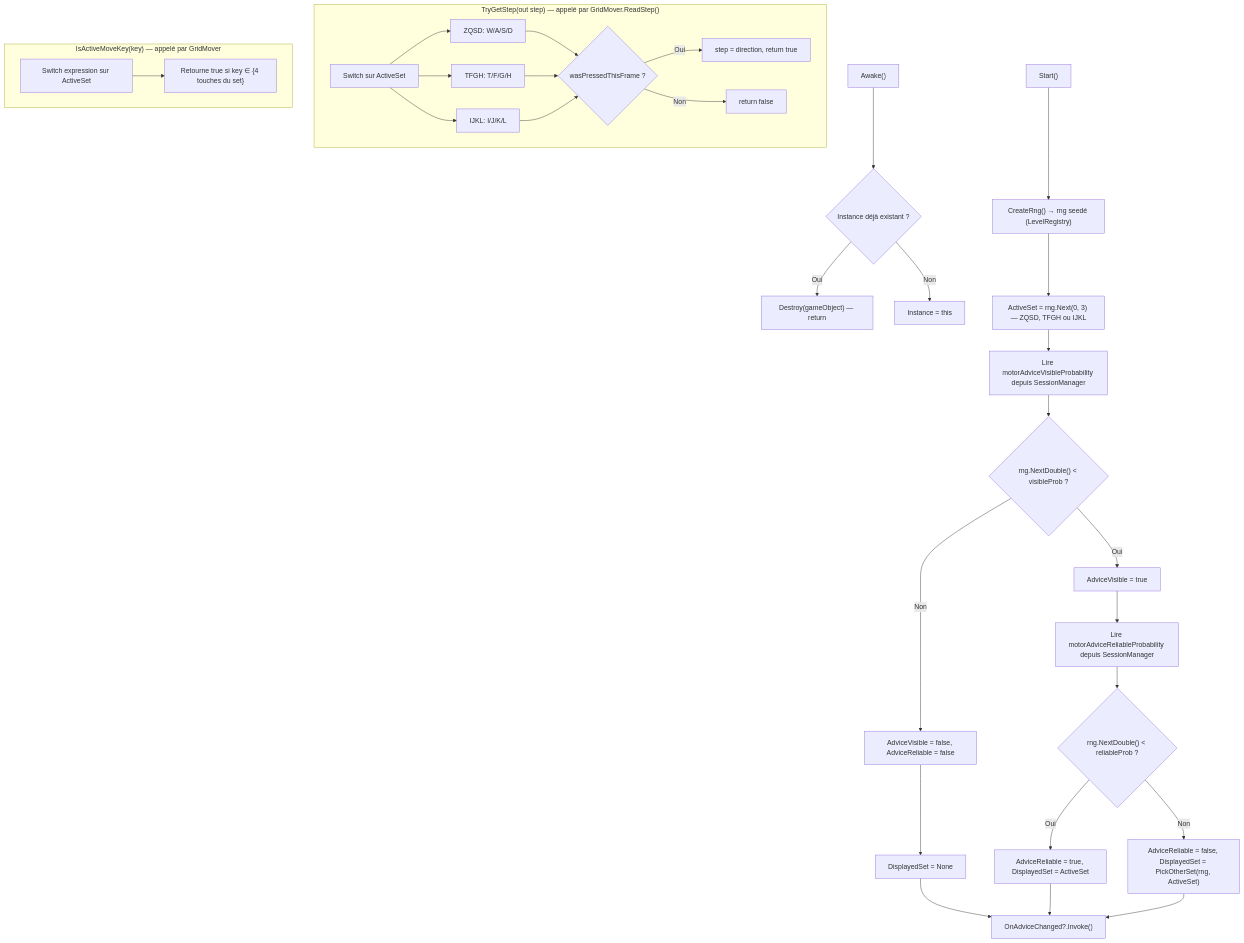
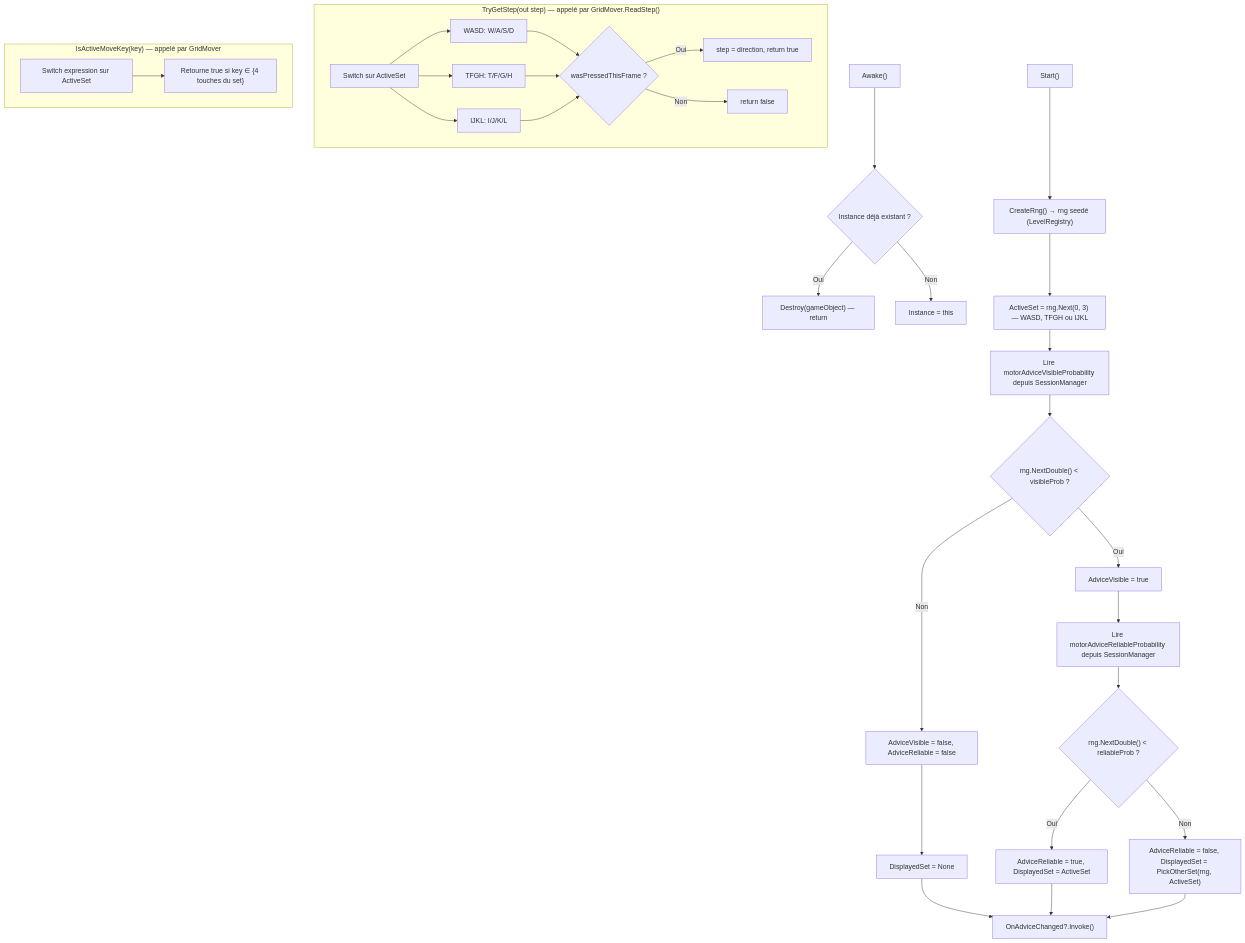
The tenth of 29 diagrams in Docs/TDD.md (PierreChagnon/BUGS), drawn with Mermaid before and after one commit. The commit also changed other lines of this file and 17 other files, not shown here.

````diff
--- a/Docs/TDD.md
+++ b/Docs/TDD.md
@@ -961,36 +961,36 @@
 ```mermaid
 graph TD
     A["Awake()"] --> A1{"Instance déjà existant ?"}
     A1 -->|Oui| A2["Destroy(gameObject) — return"]
     A1 -->|Non| A3["Instance = this"]
 
     B["Start()"] --> C["CreateRng() → rng seedé (LevelRegistry)"]
-    C --> D["ActiveSet = rng.Next(0, 3) — ZQSD, TFGH ou IJKL"]
+    C --> D["ActiveSet = rng.Next(0, 3) — WASD, TFGH ou IJKL"]
     D --> E["Lire motorAdviceVisibleProbability depuis SessionManager"]
     E --> F{"rng.NextDouble() < visibleProb ?"}
     F -->|Non| G["AdviceVisible = false, AdviceReliable = false"]
     G --> G2["DisplayedSet = None"]
     G2 --> H["OnAdviceChanged?.Invoke()"]
     F -->|Oui| I["AdviceVisible = true"]
     I --> J["Lire motorAdviceReliableProbability depuis SessionManager"]
     J --> K{"rng.NextDouble() < reliableProb ?"}
     K -->|Oui| L["AdviceReliable = true, DisplayedSet = ActiveSet"]
     K -->|Non| M["AdviceReliable = false, DisplayedSet = PickOtherSet(rng, ActiveSet)"]
     L --> H
     M --> H
 
     subgraph "TryGetStep(out step) — appelé par GridMover.ReadStep()"
-        TS1["Switch sur ActiveSet"] --> TS2["ZQSD: W/A/S/D"]
+        TS1["Switch sur ActiveSet"] --> TS2["WASD: W/A/S/D"]
         TS1 --> TS3["TFGH: T/F/G/H"]
         TS1 --> TS4["IJKL: I/J/K/L"]
         TS2 --> TS5{"wasPressedThisFrame ?"}
         TS3 --> TS5
         TS4 --> TS5
         TS5 -->|Oui| TS6["step = direction, return true"]
         TS5 -->|Non| TS7["return false"]
     end
 
     subgraph "IsActiveMoveKey(key) — appelé par GridMover"
         AM1["Switch expression sur ActiveSet"] --> AM2["Retourne true si key ∈ {4 touches du set}"]
     end
 ```
````
